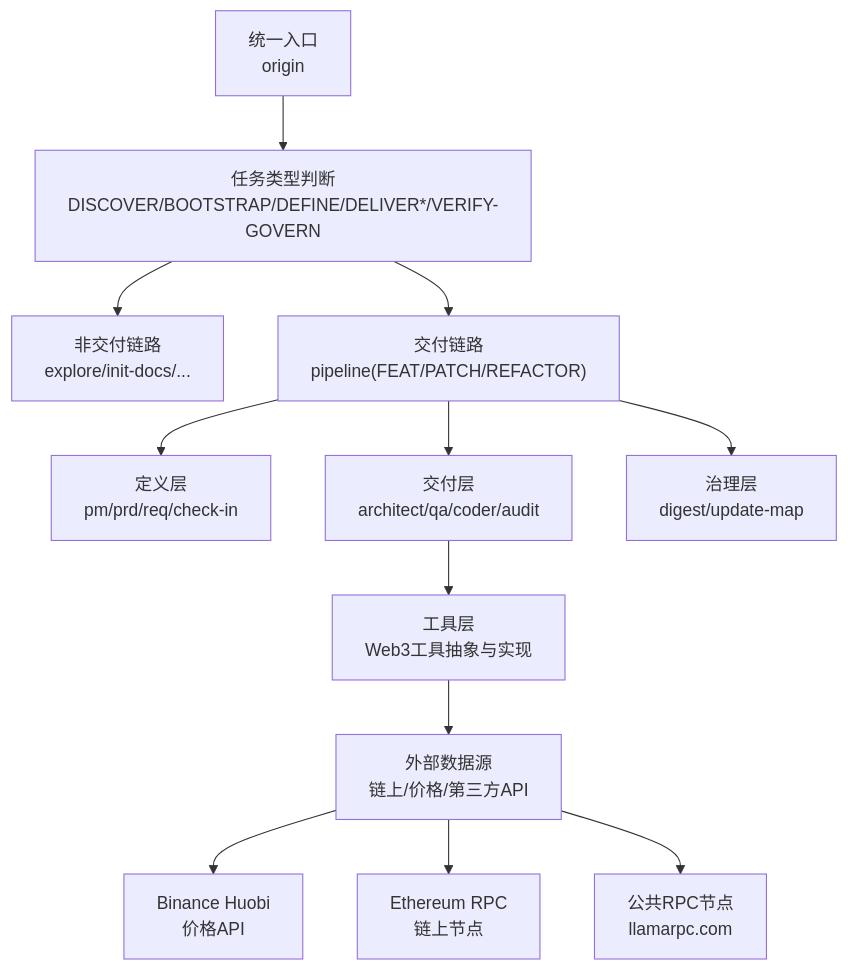
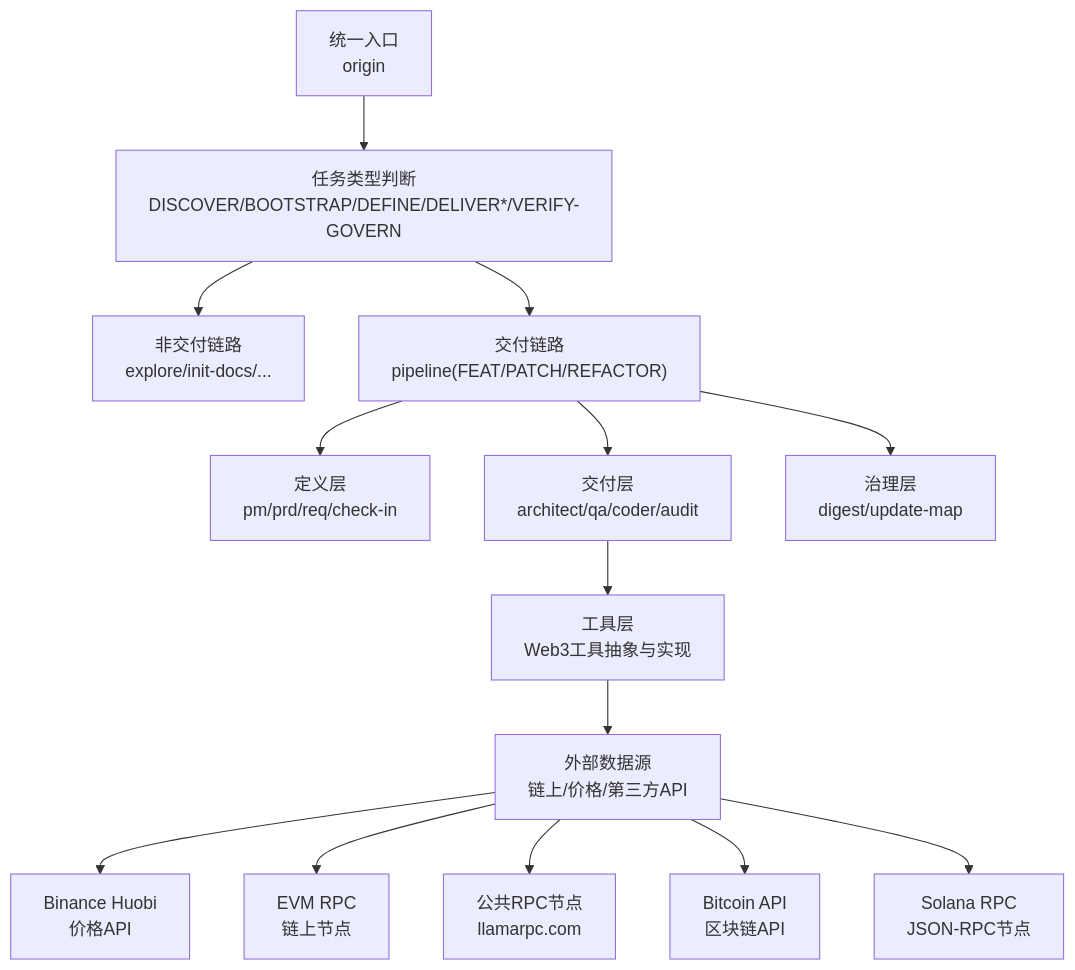
One commit to CryptoLinxu/Web3-AI-Agent changed the first of 7 diagrams in .qoder/repowiki/zh/content/Web3工具集成/Web3工具集成.md. Above: the diagram before and after it, drawn with Mermaid. The commit also changed other lines of this file and 9 other files, not shown here.

````diff
--- a/.qoder/repowiki/zh/content/Web3工具集成/Web3工具集成.md
+++ b/.qoder/repowiki/zh/content/Web3工具集成/Web3工具集成.md
@@ -53,14 +66,16 @@
 ```mermaid
 graph TB
 A["统一入口<br/>origin"] --> B["任务类型判断<br/>DISCOVER/BOOTSTRAP/DEFINE/DELIVER*/VERIFY-GOVERN"]
 B --> C["非交付链路<br/>explore/init-docs/..."]
 B --> D["交付链路<br/>pipeline(FEAT/PATCH/REFACTOR)"]
 D --> E["定义层<br/>pm/prd/req/check-in"]
 D --> F["交付层<br/>architect/qa/coder/audit"]
 D --> G["治理层<br/>digest/update-map"]
 F --> H["工具层<br/>Web3工具抽象与实现"]
 H --> I["外部数据源<br/>链上/价格/第三方API"]
 I --> J["Binance Huobi<br/>价格API"]
-I --> K["Ethereum RPC<br/>链上节点"]
+I --> K["EVM RPC<br/>链上节点"]
 I --> L["公共RPC节点<br/>llamarpc.com"]
+I --> M["Bitcoin API<br/>区块链API"]
+I --> N["Solana RPC<br/>JSON-RPC节点"]
 ```
````
